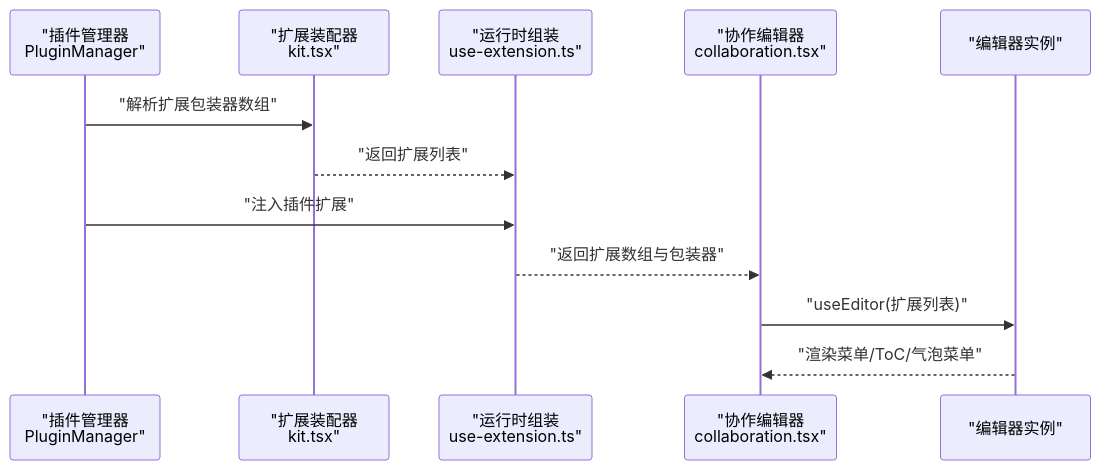
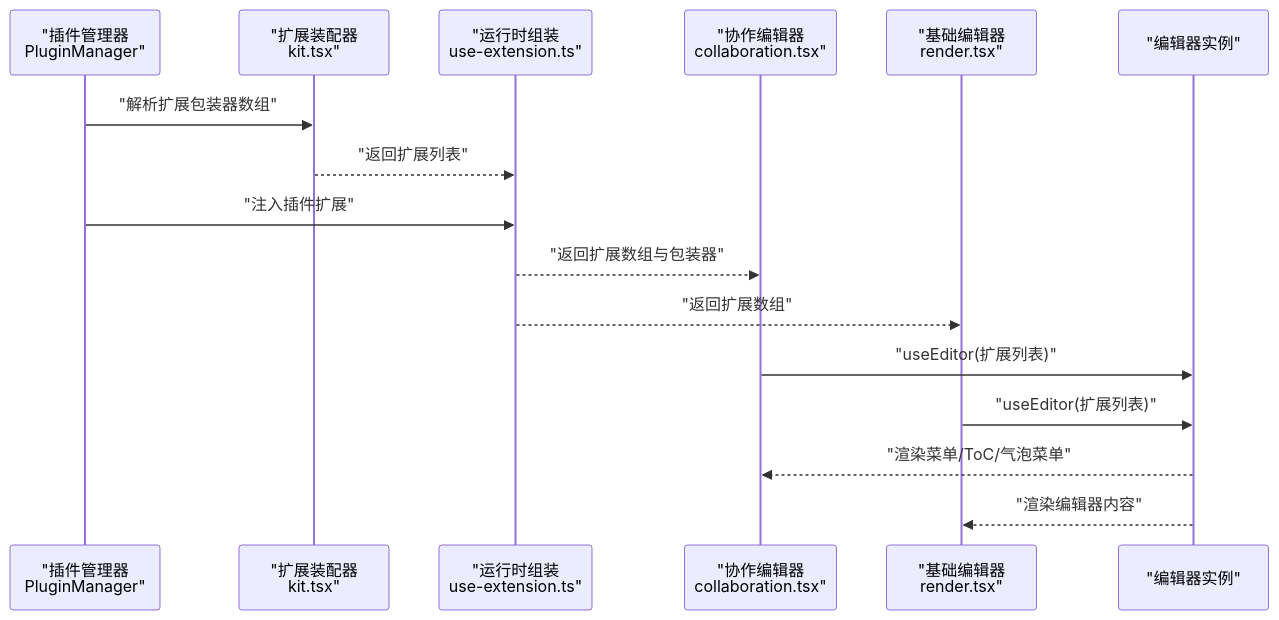
The second of 14 diagrams in .qoder/repowiki/zh/content/插件开发/编辑器扩展开发.md (LRF0422/Kotion), drawn with Mermaid before and after one commit. The commit also changed other lines of this file and 75 other files, not shown here.

````diff
--- a/.qoder/repowiki/zh/content/插件开发/编辑器扩展开发.md
+++ b/.qoder/repowiki/zh/content/插件开发/编辑器扩展开发.md
@@ -121,14 +158,18 @@
 ```mermaid
 sequenceDiagram
 participant PM as "插件管理器<br/>PluginManager"
 participant KIT as "扩展装配器<br/>kit.tsx"
 participant USE as "运行时组装<br/>use-extension.ts"
 participant COLLAB as "协作编辑器<br/>collaboration.tsx"
+participant RENDER as "基础编辑器<br/>render.tsx"
 participant EDITOR as "编辑器实例"
 PM->>KIT : "解析扩展包装器数组"
 KIT-->>USE : "返回扩展列表"
 PM->>USE : "注入插件扩展"
 USE-->>COLLAB : "返回扩展数组与包装器"
+USE-->>RENDER : "返回扩展数组"
 COLLAB->>EDITOR : "useEditor(扩展列表)"
+RENDER->>EDITOR : "useEditor(扩展列表)"
 EDITOR-->>COLLAB : "渲染菜单/ToC/气泡菜单"
+EDITOR-->>RENDER : "渲染编辑器内容"
 ```
````
